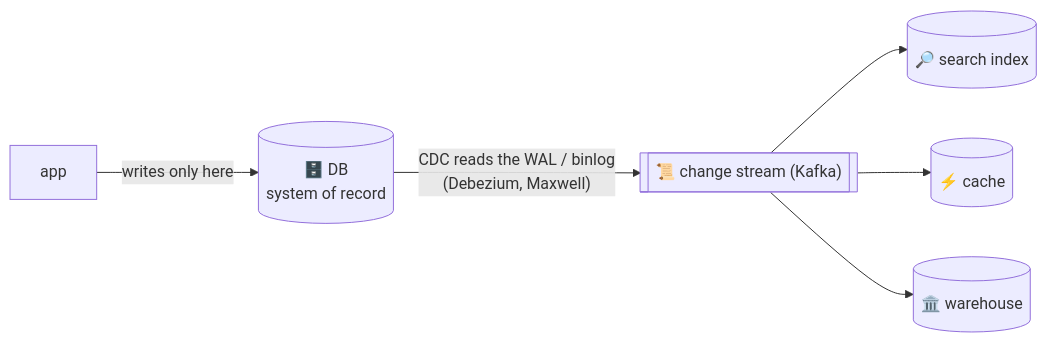
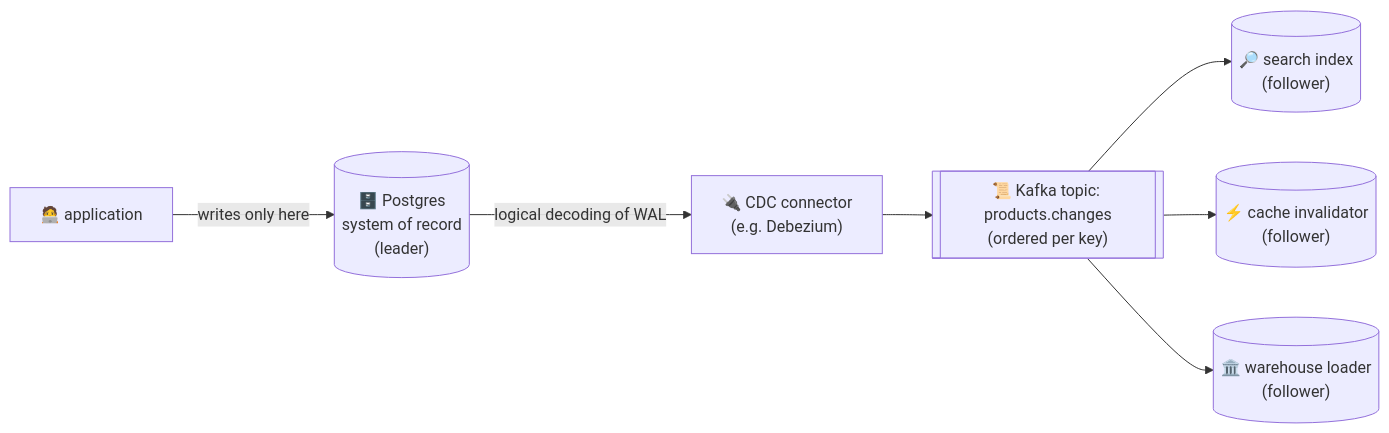
The ninth of 29 diagrams in docs/chapters/part-3/11-stream-processing.mdx (pratikguru998/ddia-book), drawn with Mermaid before and after one commit. The commit also changed other lines of this file and 13 other files, not shown here.

Commit message:
Expand all 12 chapters: every book subsection, deeper notes, ~320 diagrams

````diff
--- a/docs/chapters/part-3/11-stream-processing.mdx
+++ b/docs/chapters/part-3/11-stream-processing.mdx
@@ -81,8 +408,9 @@
 ```mermaid
 flowchart LR
-  APP["app"] -->|"writes only here"| DB[("🗄️ DB<br/>system of record")]
-  DB -->|"CDC reads the WAL / binlog<br/>(Debezium, Maxwell)"| LOG[["📜 change stream (Kafka)"]]
-  LOG --> SI[("🔎 search index")]
-  LOG --> CA[("⚡ cache")]
-  LOG --> DW[("🏛️ warehouse")]
+  APP["🧑‍💻 application"] -->|"writes only here"| DB[("🗄️ Postgres<br/>system of record<br/>(leader)")]
+  DB -->|"logical decoding of WAL"| CDC["🔌 CDC connector<br/>(e.g. Debezium)"]
+  CDC --> LOG[["📜 Kafka topic: products.changes<br/>(ordered per key)"]]
+  LOG --> IX[("🔎 search index<br/>(follower)")]
+  LOG --> CA[("⚡ cache invalidator<br/>(follower)")]
+  LOG --> DW[("🏛️ warehouse loader<br/>(follower)")]
 ```
````
